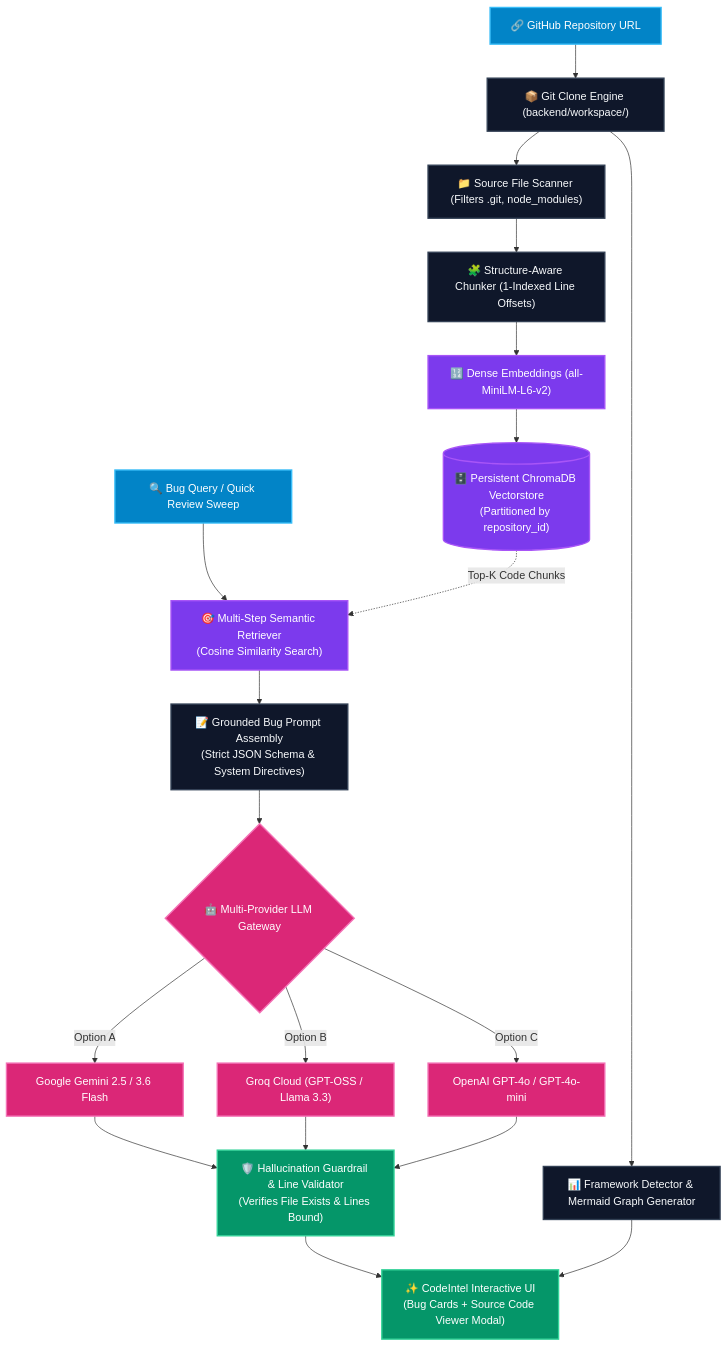
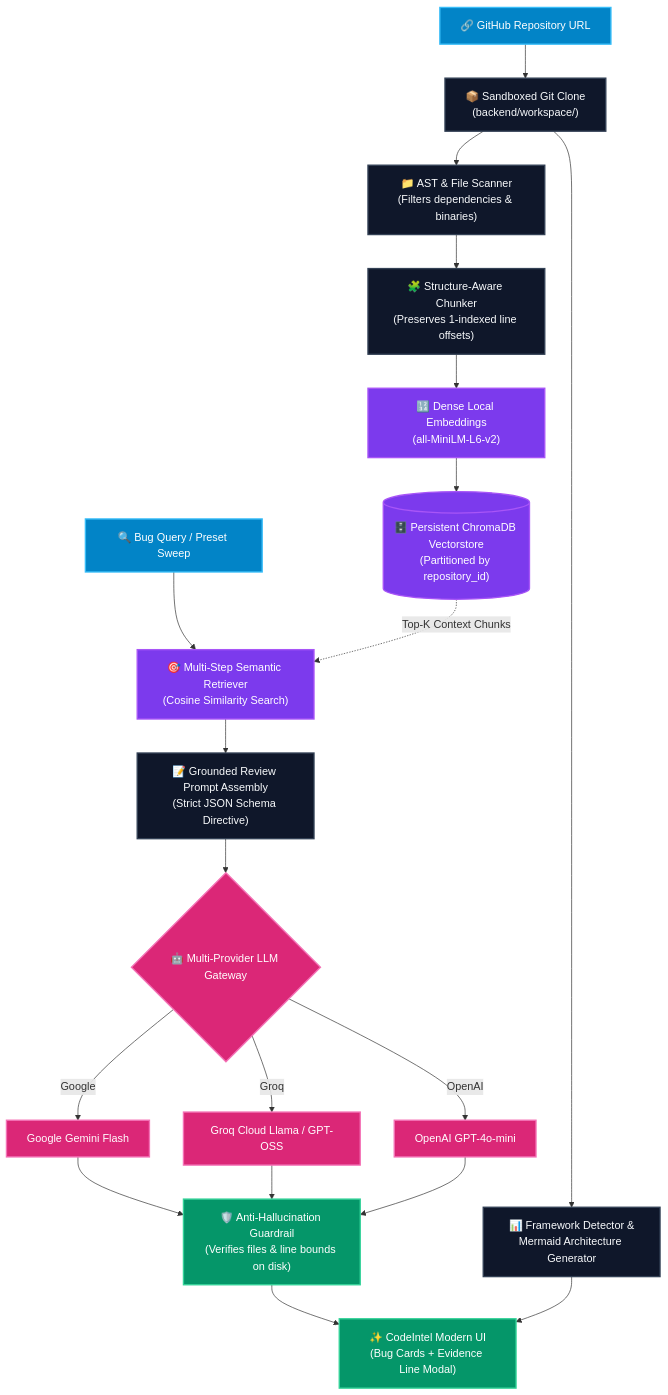
Before and after one commit to Yashgade08/CodeIntel: the diagram in README.md, drawn with Mermaid. The commit also changed other lines of this file and 12 other files, not shown here.

Commit message:
feat: overhaul UI contrast, add AST file structure analyzer, and update documentation

````diff
--- a/README.md
+++ b/README.md
@@ -56,35 +354,35 @@
 ```mermaid
 flowchart TD
     %% Styling
     classDef inputStyle fill:#0284c7,stroke:#38bdf8,stroke-width:2px,color:#fff;
     classDef processStyle fill:#0f172a,stroke:#334155,stroke-width:2px,color:#f8fafc;
     classDef vectorStyle fill:#7c3aed,stroke:#a855f7,stroke-width:2px,color:#fff;
     classDef llmStyle fill:#db2777,stroke:#f472b6,stroke-width:2px,color:#fff;
     classDef outputStyle fill:#059669,stroke:#34d399,stroke-width:2px,color:#fff;
 
-    URL["🔗 GitHub Repository URL"]:::inputStyle --> CLONE["📦 Git Clone Engine (backend/workspace/)"]:::processStyle
+    URL["🔗 GitHub Repository URL"]:::inputStyle --> CLONE["📦 Sandboxed Git Clone\n(backend/workspace/)"]:::processStyle
     
-    CLONE --> SCAN["📁 Source File Scanner (Filters .git, node_modules)"]:::processStyle
-    CLONE --> GRAPH["📊 Framework Detector & Mermaid Graph Generator"]:::processStyle
+    CLONE --> SCAN["📁 AST & File Scanner\n(Filters dependencies & binaries)"]:::processStyle
+    CLONE --> GRAPH["📊 Framework Detector &\nMermaid Architecture Generator"]:::processStyle
     
-    SCAN --> CHUNK["🧩 Structure-Aware Chunker (1-Indexed Line Offsets)"]:::processStyle
+    SCAN --> CHUNK["🧩 Structure-Aware Chunker\n(Preserves 1-indexed line offsets)"]:::processStyle
     
-    CHUNK --> EMBED["🔢 Dense Embeddings (all-MiniLM-L6-v2)"]:::vectorStyle
+    CHUNK --> EMBED["🔢 Dense Local Embeddings\n(all-MiniLM-L6-v2)"]:::vectorStyle
     EMBED --> CHROMA[("🗄️ Persistent ChromaDB Vectorstore\n(Partitioned by repository_id)")]:::vectorStyle
 
-    USER_QUERY["🔍 Bug Query / Quick Review Sweep"]:::inputStyle --> RETRIEVE["🎯 Multi-Step Semantic Retriever\n(Cosine Similarity Search)"]:::vectorStyle
+    USER_QUERY["🔍 Bug Query / Preset Sweep"]:::inputStyle --> RETRIEVE["🎯 Multi-Step Semantic Retriever\n(Cosine Similarity Search)"]:::vectorStyle
     
-    CHROMA -.->|Top-K Code Chunks| RETRIEVE
+    CHROMA -.->|Top-K Context Chunks| RETRIEVE
     
-    RETRIEVE --> PROMPT["📝 Grounded Bug Prompt Assembly\n(Strict JSON Schema & System Directives)"]:::processStyle
+    RETRIEVE --> PROMPT["📝 Grounded Review Prompt Assembly\n(Strict JSON Schema Directive)"]:::processStyle
     
     PROMPT --> LLM_ROUTER{"🤖 Multi-Provider LLM Gateway"}:::llmStyle
-    LLM_ROUTER -->|Option A| GEMINI["Google Gemini 2.5 / 3.6 Flash"]:::llmStyle
-    LLM_ROUTER -->|Option B| GROQ["Groq Cloud (GPT-OSS / Llama 3.3)"]:::llmStyle
-    LLM_ROUTER -->|Option C| OPENAI["OpenAI GPT-4o / GPT-4o-mini"]:::llmStyle
+    LLM_ROUTER -->|Google| GEMINI["Google Gemini Flash"]:::llmStyle
+    LLM_ROUTER -->|Groq| GROQ["Groq Cloud Llama / GPT-OSS"]:::llmStyle
+    LLM_ROUTER -->|OpenAI| OPENAI["OpenAI GPT-4o-mini"]:::llmStyle
     
-    GEMINI & GROQ & OPENAI --> VALIDATOR["🛡️ Hallucination Guardrail & Line Validator\n(Verifies File Exists & Lines Bound)"]:::outputStyle
+    GEMINI & GROQ & OPENAI --> VALIDATOR["🛡️ Anti-Hallucination Guardrail\n(Verifies files & line bounds on disk)"]:::outputStyle
     
-    VALIDATOR --> DASHBOARD["✨ CodeIntel Interactive UI\n(Bug Cards + Source Code Viewer Modal)"]:::outputStyle
+    VALIDATOR --> DASHBOARD["✨ CodeIntel Modern UI\n(Bug Cards + Evidence Line Modal)"]:::outputStyle
     GRAPH --> DASHBOARD
 ```
````
